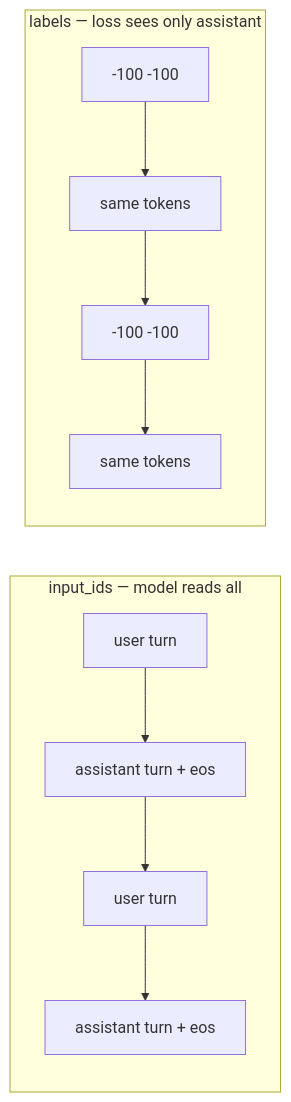
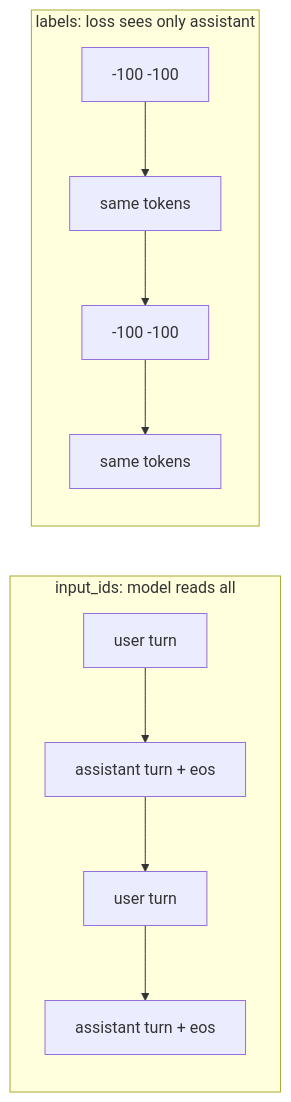
Before and after one commit to adamthuvesen/esme-posttrain: the third of 6 diagrams in docs/internal/repo-study-notes.md, drawn with Mermaid. The commit also changed other lines of this file and 38 other files, not shown here.

````diff
--- a/docs/internal/repo-study-notes.md
+++ b/docs/internal/repo-study-notes.md
@@ -54,9 +54,9 @@
 ```mermaid
 flowchart LR
-    subgraph input_ids [input_ids — model reads all]
+    subgraph input_ids [input_ids: model reads all]
         U1[user turn] --> A1[assistant turn + eos] --> U2[user turn] --> A2[assistant turn + eos]
     end
-    subgraph labels [labels — loss sees only assistant]
+    subgraph labels [labels: loss sees only assistant]
         M1[-100 -100] --> L1[same tokens] --> M2[-100 -100] --> L2[same tokens]
     end
 ```
````
